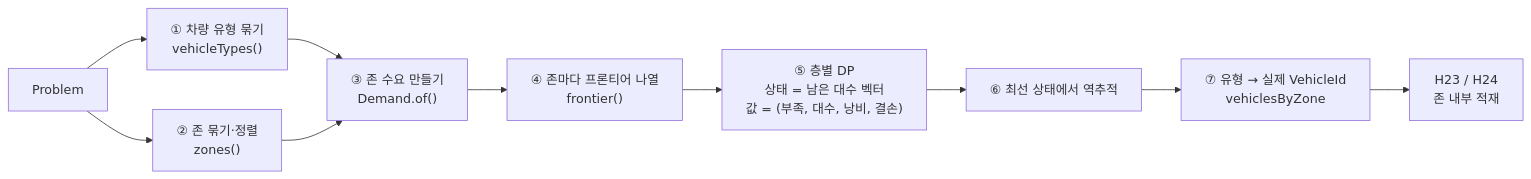
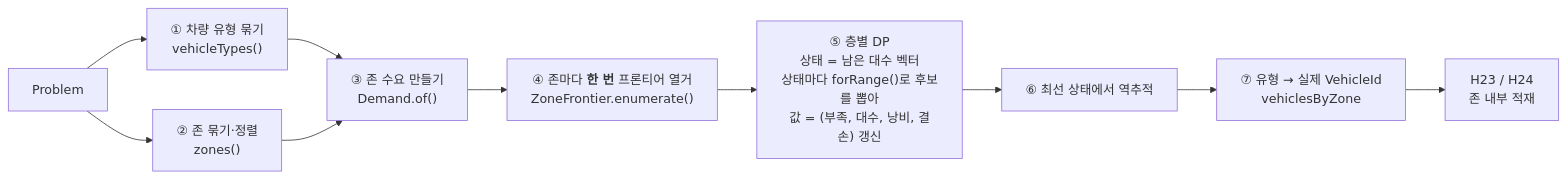
The first of 3 diagrams in docs/notes/zone-quota-allocation-dp.md (drimdrim2002/ro-next), drawn with Mermaid before and after one commit. The commit also changed other lines of this file and 2 other files, not shown here.

````diff
--- a/docs/notes/zone-quota-allocation-dp.md
+++ b/docs/notes/zone-quota-allocation-dp.md
@@ -18,12 +22,12 @@
 ```mermaid
 flowchart LR
     P[Problem] --> T["① 차량 유형 묶기<br/>vehicleTypes()"]
     P --> Z["② 존 묶기·정렬<br/>zones()"]
     T --> D["③ 존 수요 만들기<br/>Demand.of()"]
     Z --> D
-    D --> F["④ 존마다 프론티어 나열<br/>frontier()"]
-    F --> L["⑤ 층별 DP<br/>상태 = 남은 대수 벡터<br/>값 = (부족, 대수, 낭비, 결손)"]
+    D --> F["④ 존마다 <b>한 번</b> 프론티어 열거<br/>ZoneFrontier.enumerate()"]
+    F --> L["⑤ 층별 DP<br/>상태 = 남은 대수 벡터<br/>상태마다 forRange()로 후보를 뽑아<br/>값 = (부족, 대수, 낭비, 결손) 갱신"]
     L --> B["⑥ 최선 상태에서 역추적"]
     B --> V["⑦ 유형 → 실제 VehicleId<br/>vehiclesByZone"]
     V --> H23["H23 / H24<br/>존 내부 적재"]
 ```
````
